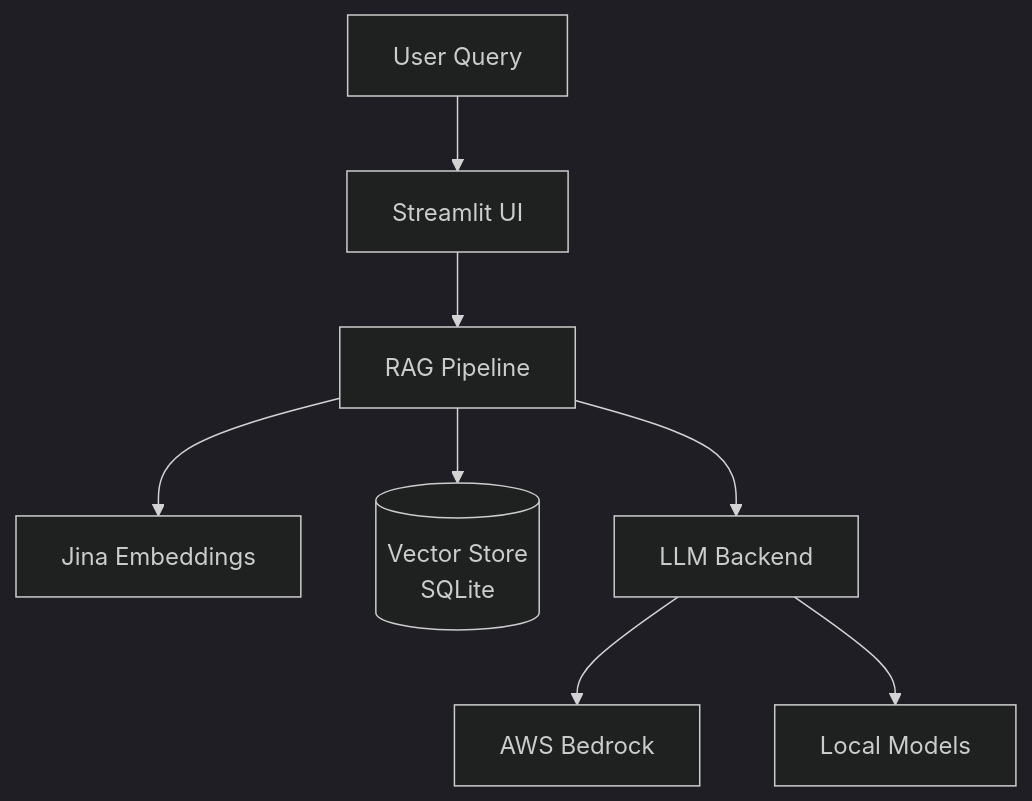
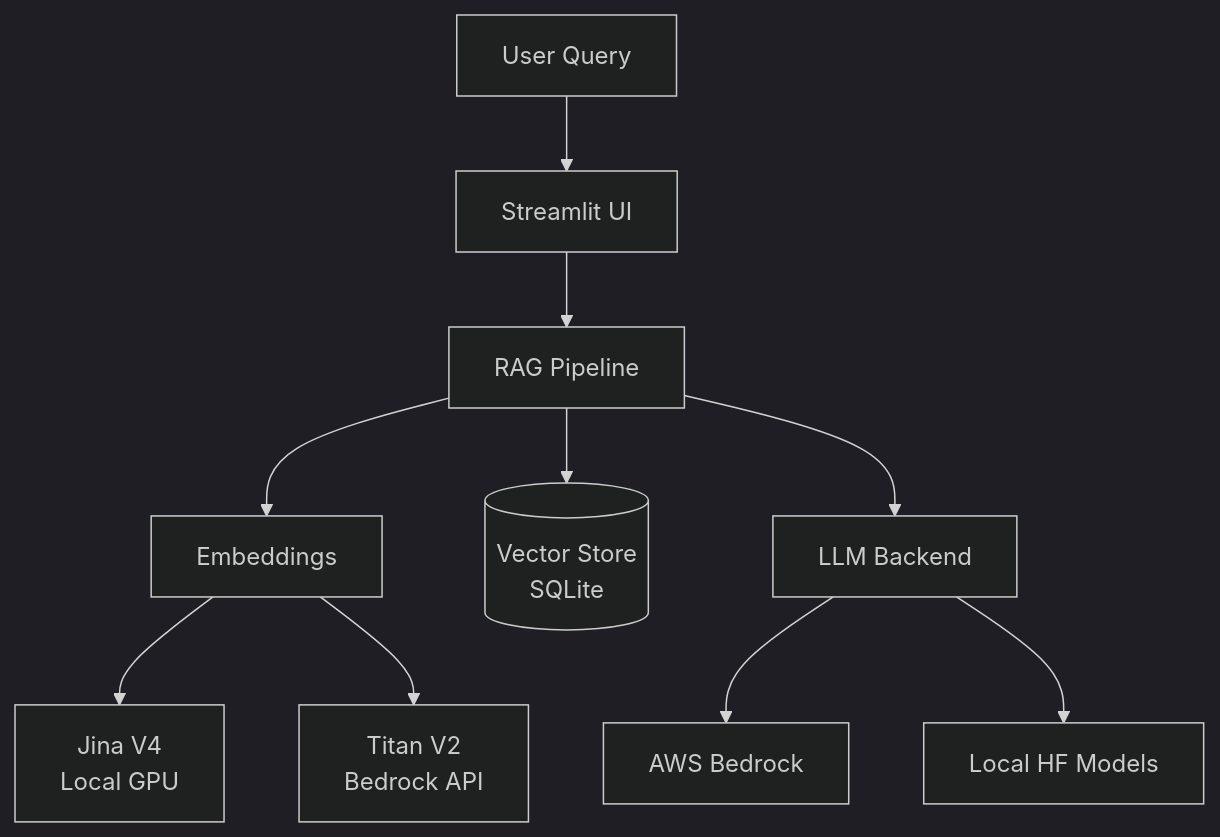
The diagram in README.md (matteso1/KohakuRAG_UI), drawn with Mermaid (dark theme) before and after one commit. The commit also changed other lines of this file and 2 other files, not shown here.

First line of the commit message:
Add Bedrock support to Streamlit app with --mode CLI arg

````diff
--- a/README.md
+++ b/README.md
@@ -19,10 +42,12 @@
 ```mermaid
 flowchart TB
     U[User Query] --> S[Streamlit UI]
     S --> P[RAG Pipeline]
-    P --> E[Jina Embeddings]
+    P --> E[Embeddings]
     P --> V[(Vector Store<br/>SQLite)]
     P --> L[LLM Backend]
     L --> B[AWS Bedrock]
-    L --> Local[Local Models]
+    L --> Local[Local HF Models]
+    E --> JE[Jina V4<br/>Local GPU]
+    E --> TE[Titan V2<br/>Bedrock API]
 ```
````
